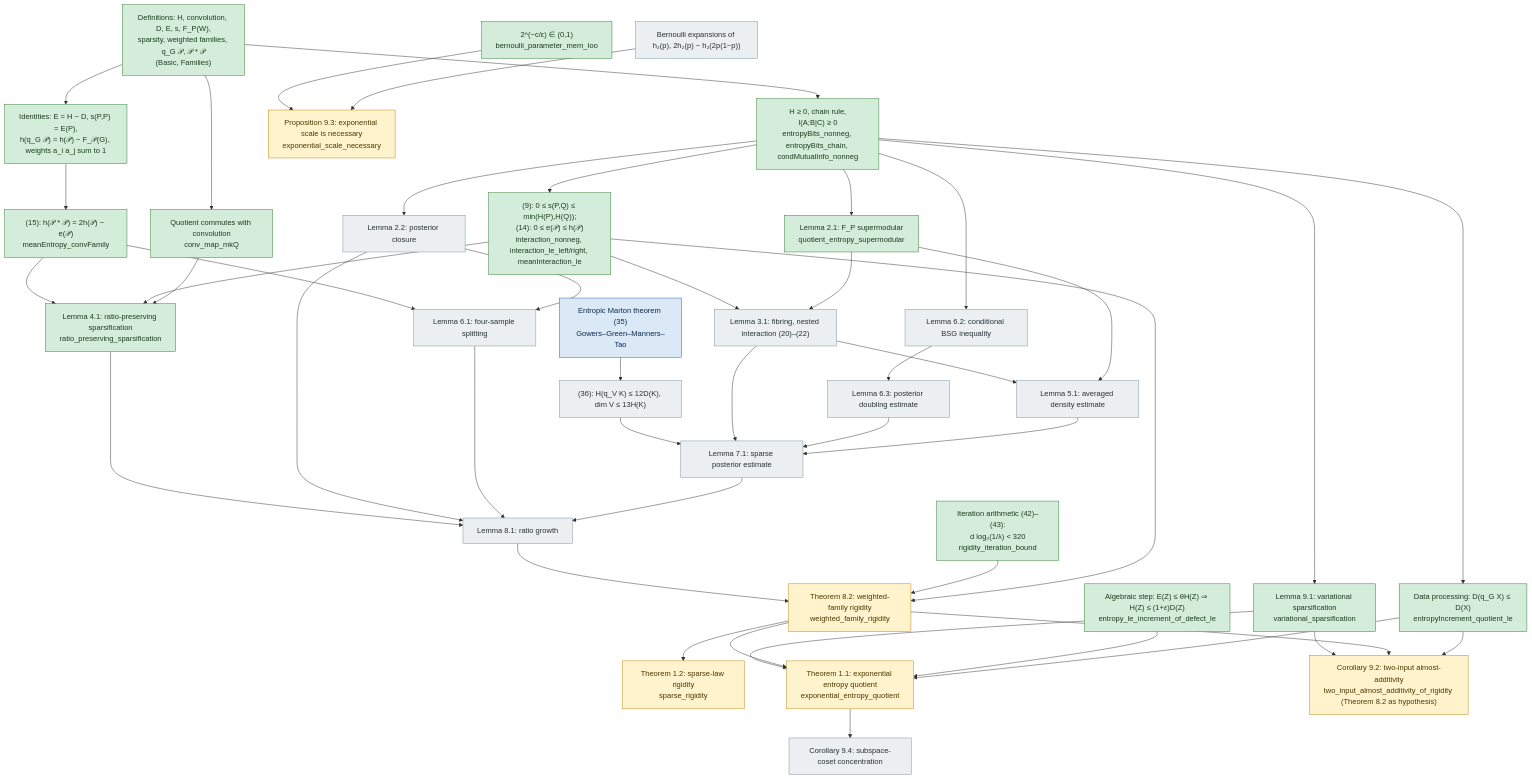
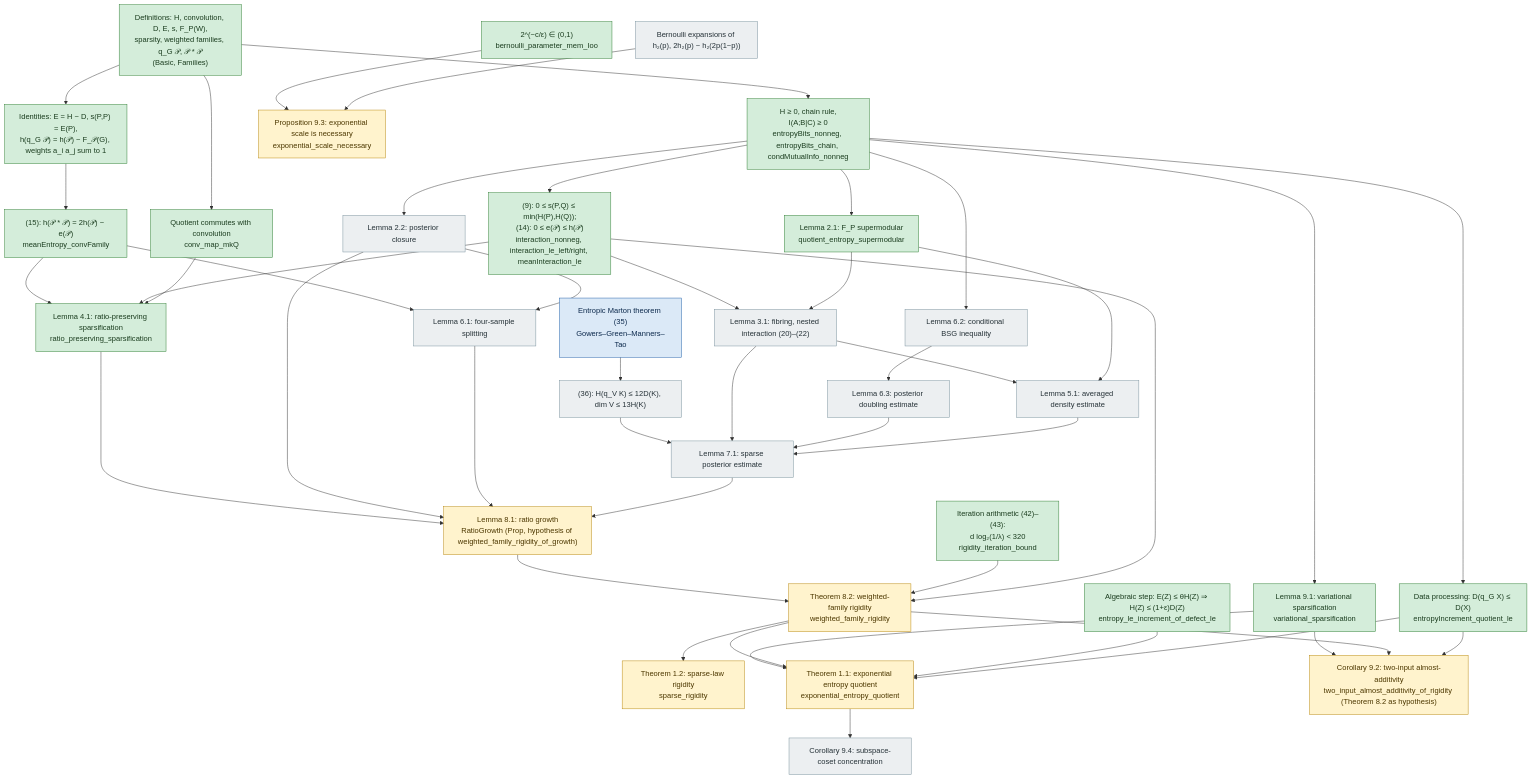
Before and after one commit to JosiahPark/entropy-quotients-lean: the diagram in docs/DEPENDENCIES.md, drawn with Mermaid.

Commit message:
formalize: D2 mark Lemma 8.1 stated (RatioGrowth) in docs/DEPENDENCIES.md

```diff
--- a/docs/DEPENDENCIES.md
+++ b/docs/DEPENDENCIES.md
@@ -45,7 +45,7 @@
   L71["Lemma 7.1: sparse posterior estimate"]:::missing
 
   %% Section 8
-  L81["Lemma 8.1: ratio growth"]:::missing
+  L81["Lemma 8.1: ratio growth<br/>RatioGrowth (Prop, hypothesis of weighted_family_rigidity_of_growth)"]:::stated
   ARITH["Iteration arithmetic (42)–(43):<br/>d log₂(1/λ) < 320<br/>rigidity_iteration_bound"]:::proved
   T82["Theorem 8.2: weighted-family rigidity<br/>weighted_family_rigidity"]:::stated
   T12["Theorem 1.2: sparse-law rigidity<br/>sparse_rigidity"]:::stated
```
